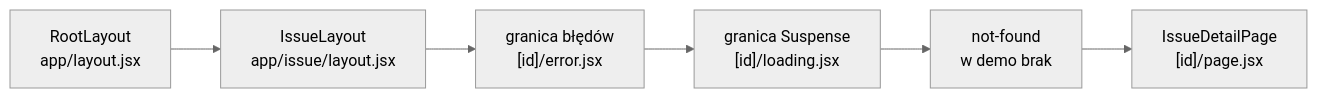
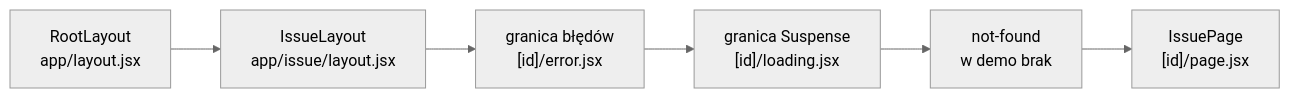
One commit to mmiotk/frontend-development-ug changed the diagram in lecture03/slides/slide_05_loading-i-error.md. Above: the diagram before and after it, drawn with Mermaid (neutral theme). The commit also changed other lines of this file and 48 other files, not shown here.

````diff
--- a/lecture03/slides/slide_05_loading-i-error.md
+++ b/lecture03/slides/slide_05_loading-i-error.md
@@ -213,9 +192,9 @@
 ```mermaid
 %%{init: {"flowchart": {"wrappingWidth": 360}}}%%
 flowchart LR
     R["RootLayout<br/>app/layout.jsx"] --> L["IssueLayout<br/>app/issue/layout.jsx"]
     L --> E["granica błędów<br/>[id]/error.jsx"]
     E --> S["granica Suspense<br/>[id]/loading.jsx"]
     S --> N["not-found<br/>w demo brak"]
-    N --> P["IssueDetailPage<br/>[id]/page.jsx"]
+    N --> P["IssuePage<br/>[id]/page.jsx"]
 ```
````
